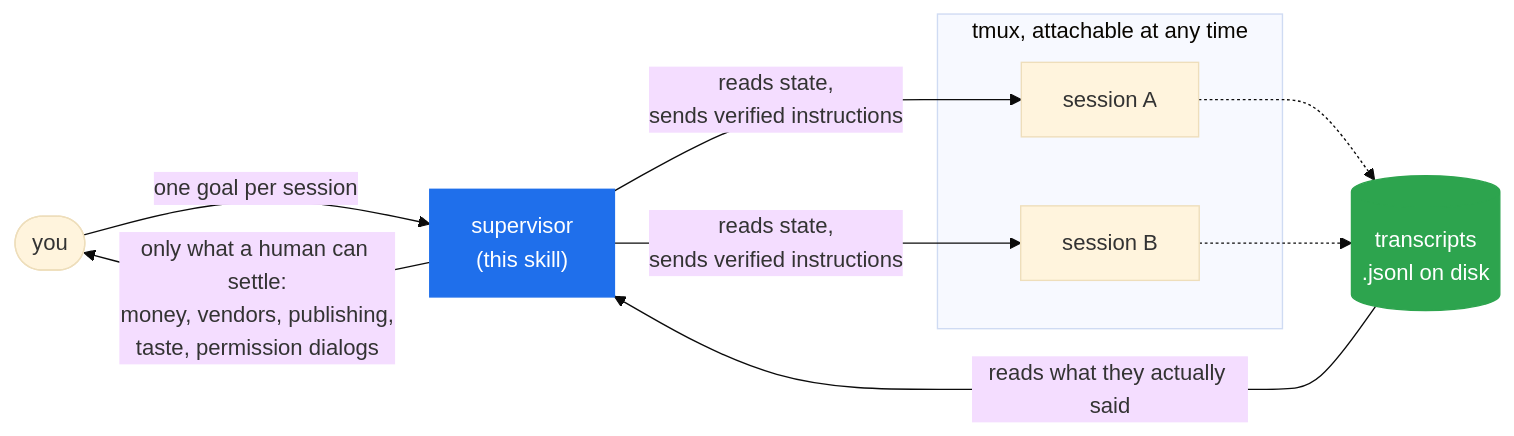
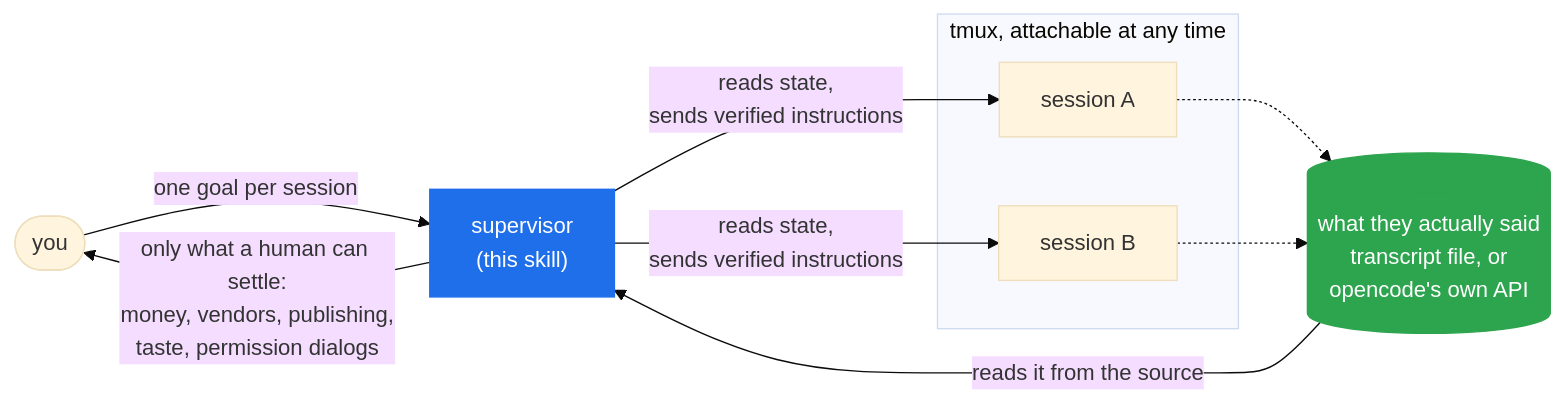
Before and after one commit to aldhosutra/supervise: the first of 2 diagrams in README.md, drawn with Mermaid (base theme). The commit also changed other lines of this file and 25 other files, not shown here.

````diff
--- a/README.md
+++ b/README.md
@@ -58,24 +61,24 @@
 ```mermaid
 flowchart LR
     U([you]) -->|"one goal per session"| S
     S -->|"only what a human can settle:<br/>money, vendors, publishing,<br/>taste, permission dialogs"| U
 
     S["supervisor<br/>(this skill)"]
 
     subgraph tmux["tmux, attachable at any time"]
         P1["session A"]
         P2["session B"]
     end
 
     S -->|"reads state,<br/>sends verified instructions"| P1
     S -->|"reads state,<br/>sends verified instructions"| P2
     P1 -.-> T
     P2 -.-> T
-    T[("transcripts<br/>.jsonl on disk")]
-    T -->|"reads what they actually said"| S
+    T[("what they actually said<br/>transcript file, or<br/>opencode's own API")]
+    T -->|"reads it from the source"| S
 
     classDef me fill:#1f6feb,stroke:#1f6feb,color:#fff
     classDef disk fill:#2da44e,stroke:#2da44e,color:#fff
     class S me
     class T disk
 ```
````
